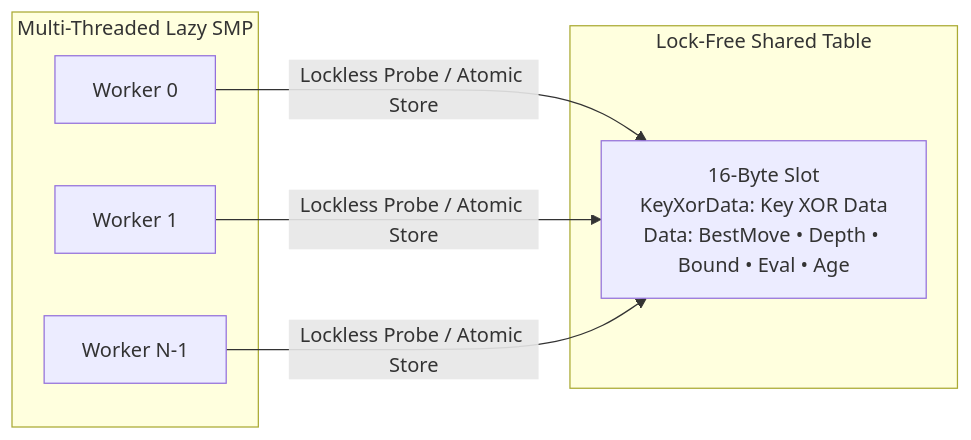
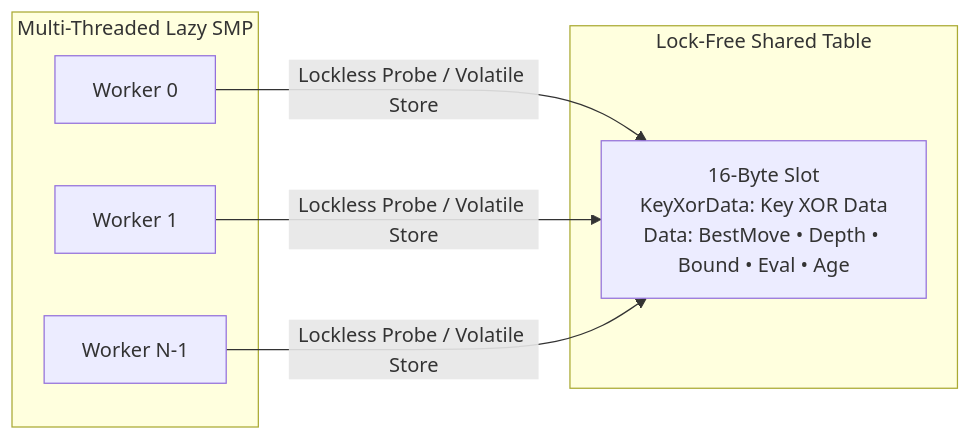
Before and after one commit to cjp-dev/Gomoku: the second of 2 diagrams in docs/brain/09-transposition-table.md, drawn with Mermaid. The commit also changed other lines of this file and 17 other files, not shown here.

````diff
--- a/docs/brain/09-transposition-table.md
+++ b/docs/brain/09-transposition-table.md
@@ -169,16 +173,16 @@
 ```mermaid
 flowchart LR
     subgraph Multi-Threaded Lazy SMP
         T0["Worker 0"]
         T1["Worker 1"]
         TN["Worker N-1"]
     end
 
     subgraph Lock-Free Shared Table
         Slot["16-Byte Slot<br/>KeyXorData: Key XOR Data<br/>Data: BestMove • Depth • Bound • Eval • Age"]
     end
 
-    T0 -- "Lockless Probe / Atomic Store" --> Slot
-    T1 -- "Lockless Probe / Atomic Store" --> Slot
-    TN -- "Lockless Probe / Atomic Store" --> Slot
+    T0 -- "Lockless Probe / Volatile Store" --> Slot
+    T1 -- "Lockless Probe / Volatile Store" --> Slot
+    TN -- "Lockless Probe / Volatile Store" --> Slot
 ```
````
